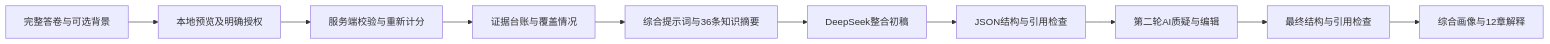
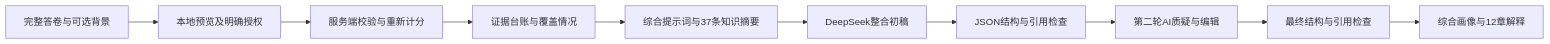
Before and after one commit to wangkeyu-u/ui-gallery: the diagram in inner-atlas/docs/AI_ANALYSIS.md, drawn with Mermaid. The commit also changed other lines of this file and 30 other files, not shown here.

````diff
--- a/inner-atlas/docs/AI_ANALYSIS.md
+++ b/inner-atlas/docs/AI_ANALYSIS.md
@@ -30,12 +30,12 @@
 ```mermaid
 flowchart LR
  A[完整答卷与可选背景] --> B[本地预览及明确授权]
  B --> C[服务端校验与重新计分]
  C --> D[证据台账与覆盖情况]
- D --> E[综合提示词与36条知识摘要]
+ D --> E[综合提示词与37条知识摘要]
  E --> F[DeepSeek整合初稿]
  F --> G[JSON结构与引用检查]
  G --> R[第二轮AI质疑与编辑]
  R --> V[最终结构与引用检查]
  V --> H[综合画像与12章解释]
 ```
````
